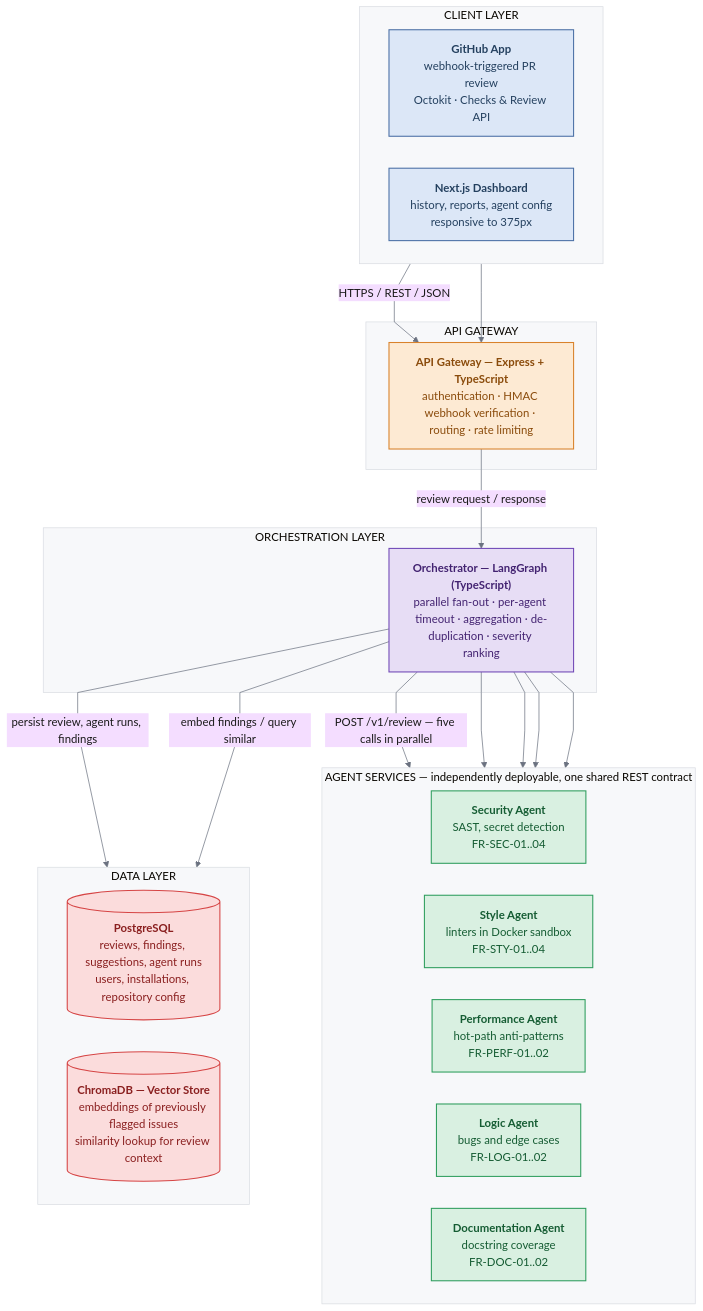
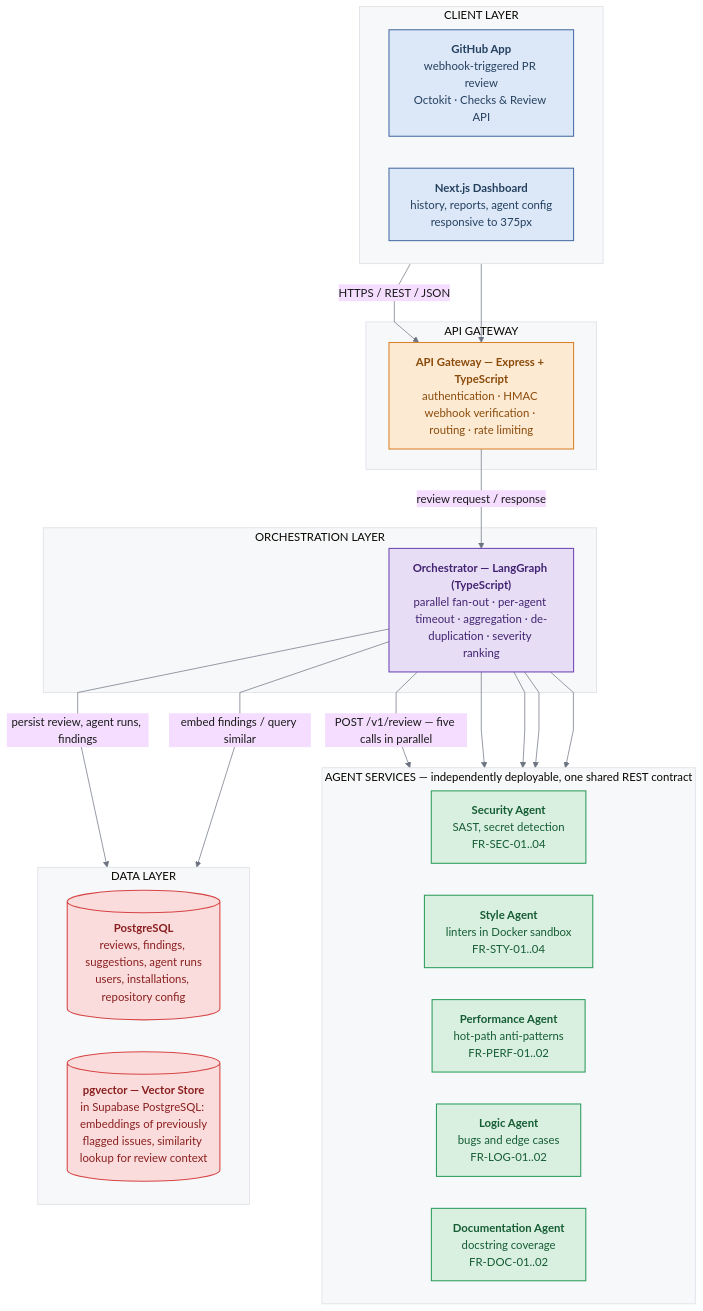
One commit to sumit-0804/CodeSentinel changed the diagram in docs/design/diagrams/mermaid/architecture.mmd. Above: the diagram before and after it, drawn with Mermaid. The commit also changed 14 other files, not shown here.

```diff
--- a/docs/design/diagrams/mermaid/architecture.mmd
+++ b/docs/design/diagrams/mermaid/architecture.mmd
@@ -1,63 +1,63 @@
 %%{init: {"theme":"base","themeVariables":{"lineColor":"#6b7280","primaryTextColor":"#1a1a1a"},"flowchart":{"curve":"linear","nodeSpacing":45,"rankSpacing":58}} }%%
 flowchart TB
 
     subgraph CLIENT["CLIENT LAYER  "]
         direction LR
         GH["<b>GitHub App</b><br/>webhook-triggered PR review<br/>Octokit · Checks &amp; Review API"]
         WEB["<b>Next.js Dashboard</b><br/>history, reports, agent config<br/>responsive to 375px"]
     end
 
     subgraph GATEWAY["API GATEWAY  "]
         GW["<b>API Gateway — Express + TypeScript</b><br/>authentication · HMAC webhook verification · routing · rate limiting"]
     end
 
     subgraph ORCH["ORCHESTRATION LAYER  "]
         OR["<b>Orchestrator — LangGraph (TypeScript)</b><br/>parallel fan-out · per-agent timeout · aggregation · de-duplication · severity ranking"]
     end
 
     subgraph AGENTS["AGENT SERVICES — independently deployable, one shared REST contract  "]
         direction LR
         SEC["<b>Security Agent</b><br/>SAST, secret detection<br/>FR-SEC-01..04"]
         STY["<b>Style Agent</b><br/>linters in Docker sandbox<br/>FR-STY-01..04"]
         PERF["<b>Performance Agent</b><br/>hot-path anti-patterns<br/>FR-PERF-01..02"]
         LOG["<b>Logic Agent</b><br/>bugs and edge cases<br/>FR-LOG-01..02"]
         DOC["<b>Documentation Agent</b><br/>docstring coverage<br/>FR-DOC-01..02"]
     end
 
     subgraph DATA["DATA LAYER  "]
         direction LR
         PG[("<b>PostgreSQL</b><br/>reviews, findings, suggestions, agent runs<br/>users, installations, repository config")]
-        CH[("<b>ChromaDB — Vector Store</b><br/>embeddings of previously flagged issues<br/>similarity lookup for review context")]
+        CH[("<b>pgvector — Vector Store</b><br/>in Supabase PostgreSQL: embeddings of previously<br/>flagged issues, similarity lookup for review context")]
     end
 
     GH  -- "HTTPS / REST / JSON" --> GW
     WEB --> GW
 
     GW -- "review request / response" --> OR
 
     OR -- "POST /v1/review — five calls in parallel" --> SEC
     OR --> STY
     OR --> PERF
     OR --> LOG
     OR --> DOC
 
     OR -- "persist review, agent runs, findings" --> PG
     OR -- "embed findings / query similar" --> CH
 
     classDef client   fill:#dce7f7,stroke:#4a6fa5,stroke-width:1.5px,color:#24405f
     classDef gateway  fill:#fdead3,stroke:#d9822b,stroke-width:1.5px,color:#8a4b0b
     classDef orchestr fill:#e7ddf5,stroke:#7048b6,stroke-width:1.5px,color:#432371
     classDef agent    fill:#d9f0e1,stroke:#2f9e5e,stroke-width:1.5px,color:#155c33
     classDef data     fill:#fbdcdc,stroke:#d64545,stroke-width:1.5px,color:#8a1f1f
 
     class GH,WEB client
     class GW gateway
     class OR orchestr
     class SEC,STY,PERF,LOG,DOC agent
     class PG,CH data
 
     style CLIENT  fill:#f7f8fa,stroke:#d9dce2
     style GATEWAY fill:#f7f8fa,stroke:#d9dce2
     style ORCH    fill:#f7f8fa,stroke:#d9dce2
     style AGENTS  fill:#f7f8fa,stroke:#d9dce2
     style DATA    fill:#f7f8fa,stroke:#d9dce2
```
